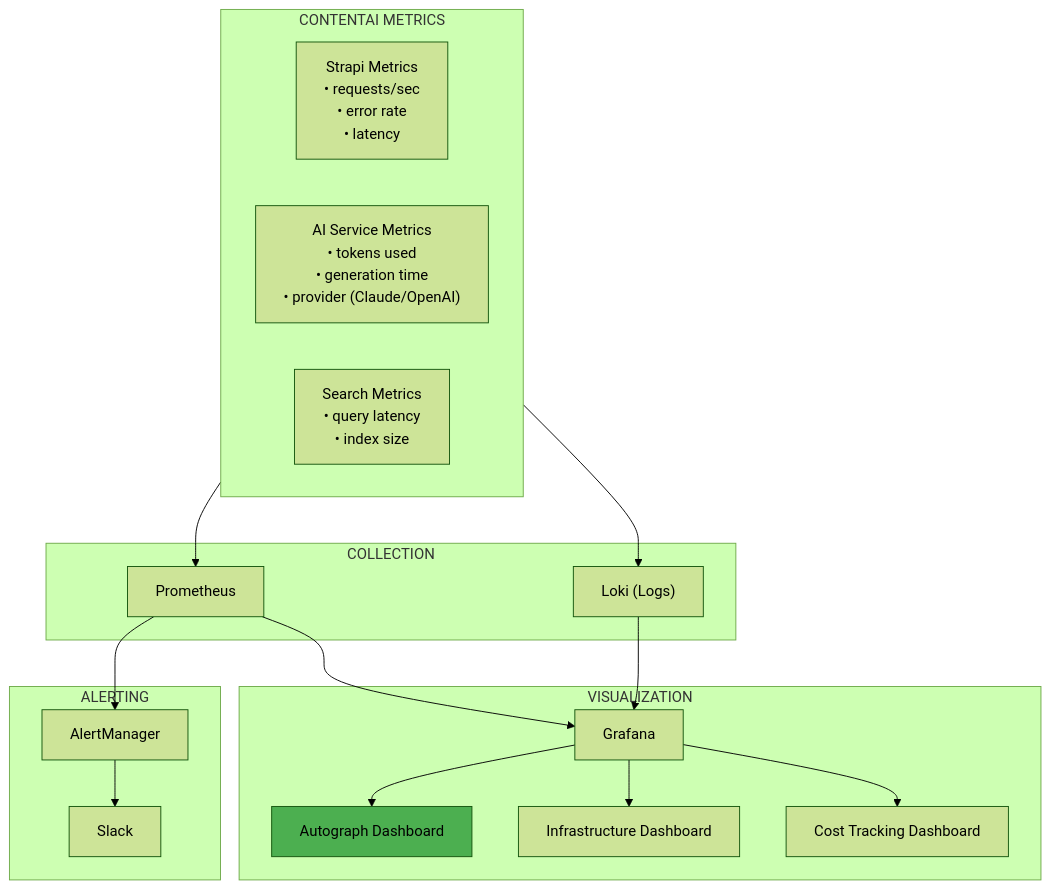
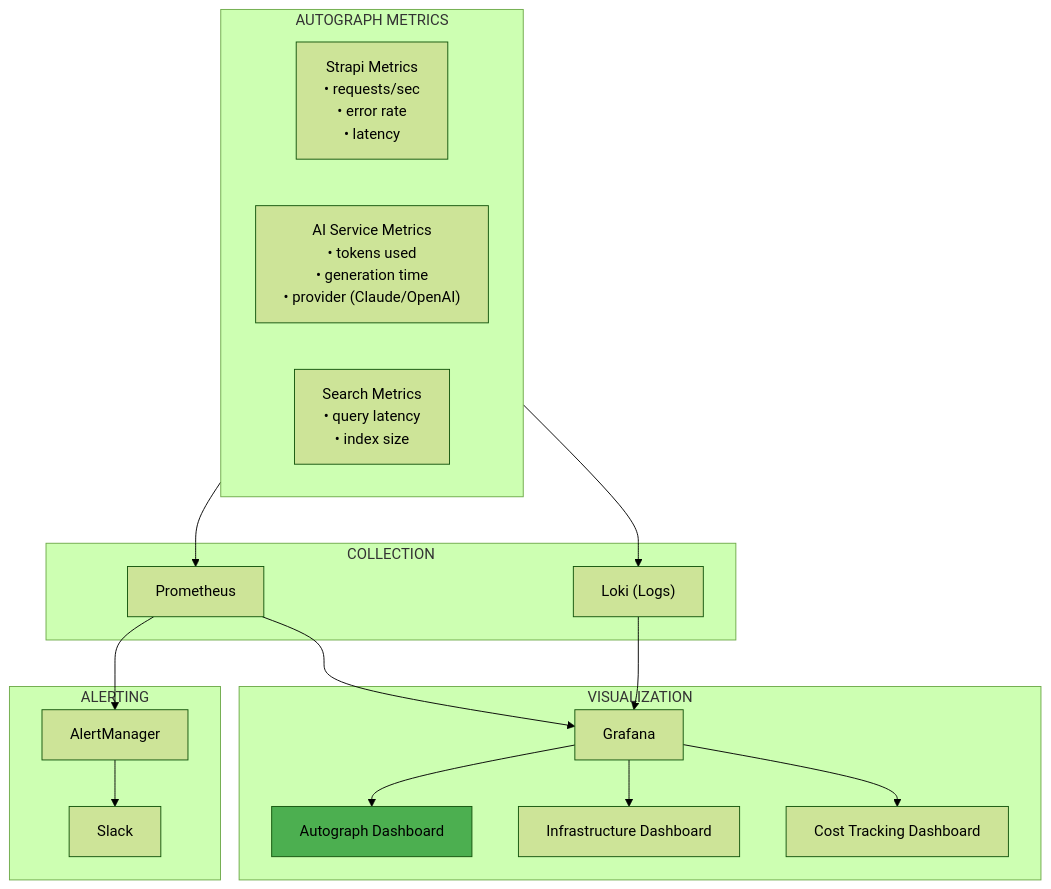
One commit to PearlThoughtsInternship/Internship-Obsidian-Vault changed the sixth of 9 diagrams in DevOps/01-Product/04-Target-Architecture.md. Above: the diagram before and after it, drawn with Mermaid (forest theme). The commit also changed other lines of this file and 7 other files, not shown here.

````diff
--- a/DevOps/01-Product/04-Target-Architecture.md
+++ b/DevOps/01-Product/04-Target-Architecture.md
@@ -280,34 +280,34 @@
 ```mermaid
 flowchart TB
-    subgraph Autograph["CONTENTAI METRICS"]
+    subgraph Autograph["AUTOGRAPH METRICS"]
         Strapi["Strapi Metrics\n• requests/sec\n• error rate\n• latency"]
         AI["AI Service Metrics\n• tokens used\n• generation time\n• provider (Claude/OpenAI)"]
         Search["Search Metrics\n• query latency\n• index size"]
     end
 
     subgraph Collection["COLLECTION"]
         Prom["Prometheus"]
         Loki["Loki (Logs)"]
     end
 
     subgraph Visualization["VISUALIZATION"]
         Graf["Grafana"]
         Dash1["Autograph Dashboard"]
         Dash2["Infrastructure Dashboard"]
         Dash3["Cost Tracking Dashboard"]
     end
 
     subgraph Alerting["ALERTING"]
         AM["AlertManager"]
         Slack["Slack"]
     end
 
     Autograph --> Prom
     Autograph --> Loki
     Prom --> Graf
     Loki --> Graf
     Graf --> Dash1 & Dash2 & Dash3
     Prom --> AM --> Slack
 
     style Dash1 fill:#4CAF50
 ```
````
